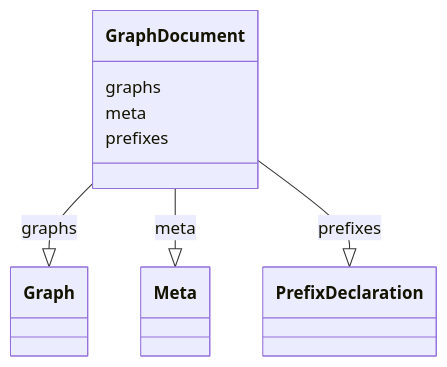
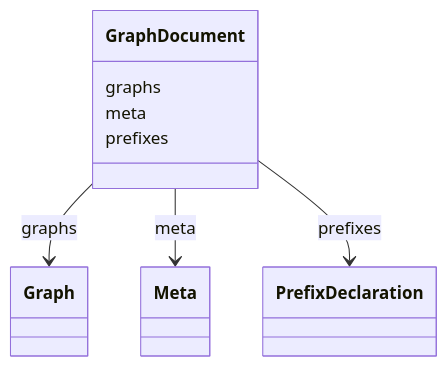
Before and after one commit to INCATools/ontology-access-kit: the diagram in obograph/GraphDocument.md, drawn with Mermaid. The commit also changed 389 other files, not shown here.

````diff
--- a/obograph/GraphDocument.md
+++ b/obograph/GraphDocument.md
@@ -15,17 +15,17 @@
 ```{mermaid}
  classDiagram
     class GraphDocument
       GraphDocument : graphs
         
-          GraphDocument --|> Graph : graphs
+          GraphDocument --> Graph : graphs
         
       GraphDocument : meta
         
-          GraphDocument --|> Meta : meta
+          GraphDocument --> Meta : meta
         
       GraphDocument : prefixes
         
-          GraphDocument --|> PrefixDeclaration : prefixes
+          GraphDocument --> PrefixDeclaration : prefixes
         
       
 ```
````
